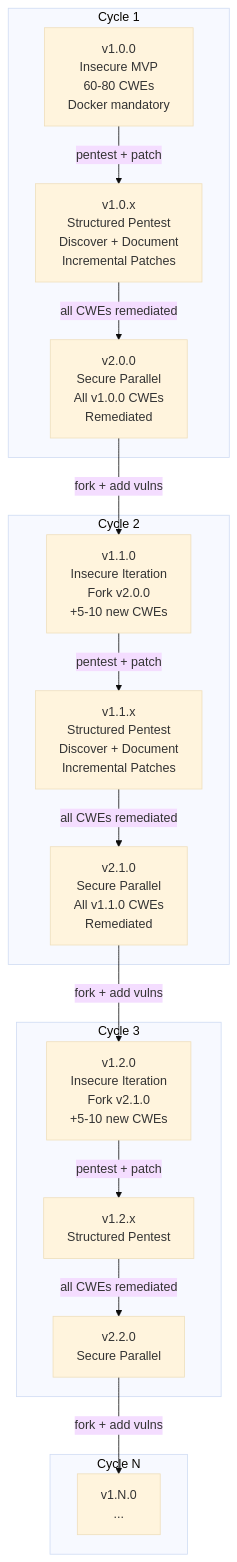
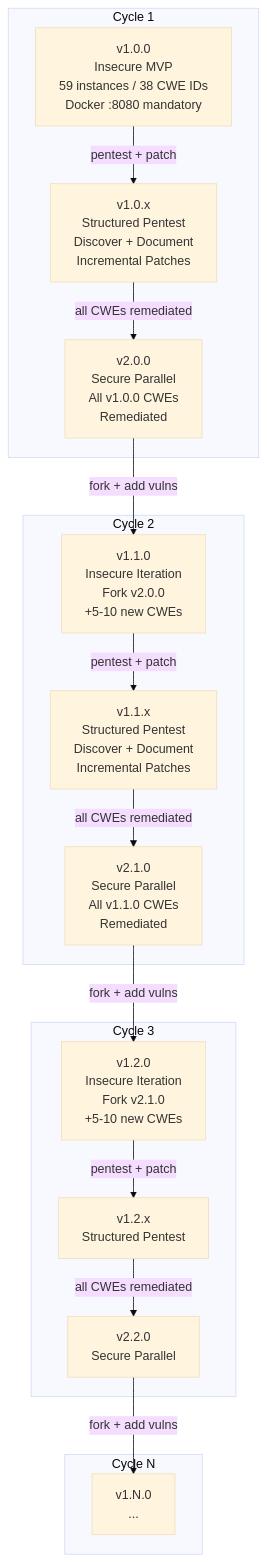
One commit to KLJr-Dev/KC-Project changed the second of 4 diagrams in docs/diagrams/version-timeline.md. Above: the diagram before and after it, drawn with Mermaid (base theme). The commit also changed other lines of this file and 153 other files, not shown here.

````diff
--- a/docs/diagrams/version-timeline.md
+++ b/docs/diagrams/version-timeline.md
@@ -82,34 +85,34 @@
 ```mermaid
 flowchart TD
   subgraph cycle1 ["Cycle 1"]
-    v100["v1.0.0\nInsecure MVP\n60-80 CWEs\nDocker mandatory"]
+    v100["v1.0.0\nInsecure MVP\n59 instances / 38 CWE IDs\nDocker :8080 mandatory"]
     v10x["v1.0.x\nStructured Pentest\nDiscover + Document\nIncremental Patches"]
     v200["v2.0.0\nSecure Parallel\nAll v1.0.0 CWEs\nRemediated"]
   end
 
   subgraph cycle2 ["Cycle 2"]
     v110["v1.1.0\nInsecure Iteration\nFork v2.0.0\n+5-10 new CWEs"]
     v11x["v1.1.x\nStructured Pentest\nDiscover + Document\nIncremental Patches"]
     v210["v2.1.0\nSecure Parallel\nAll v1.1.0 CWEs\nRemediated"]
   end
 
   subgraph cycle3 ["Cycle 3"]
     v120["v1.2.0\nInsecure Iteration\nFork v2.1.0\n+5-10 new CWEs"]
     v12x["v1.2.x\nStructured Pentest"]
     v220["v2.2.0\nSecure Parallel"]
   end
 
   subgraph cycleN ["Cycle N"]
     v1N0["v1.N.0\n..."]
   end
 
   v100 -->|"pentest + patch"| v10x
   v10x -->|"all CWEs remediated"| v200
   v200 -->|"fork + add vulns"| v110
   v110 -->|"pentest + patch"| v11x
   v11x -->|"all CWEs remediated"| v210
   v210 -->|"fork + add vulns"| v120
   v120 -->|"pentest + patch"| v12x
   v12x -->|"all CWEs remediated"| v220
   v220 -->|"fork + add vulns"| v1N0
 ```
````
